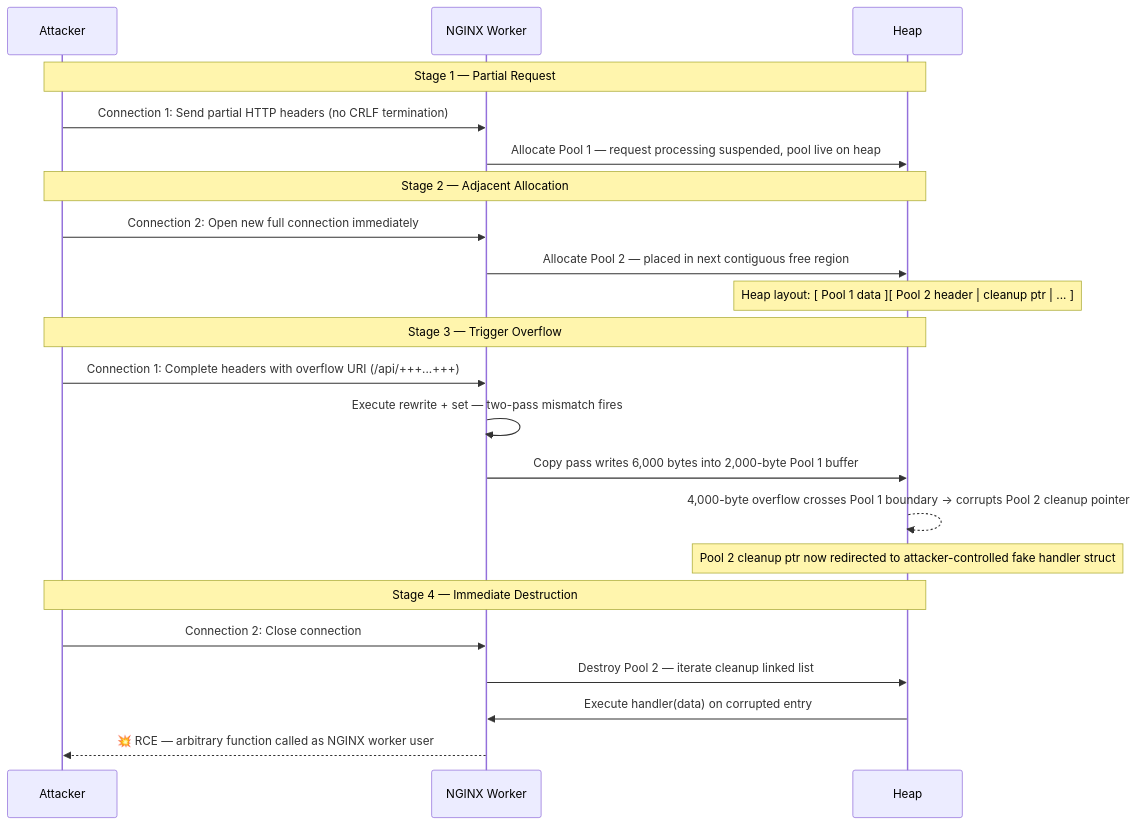
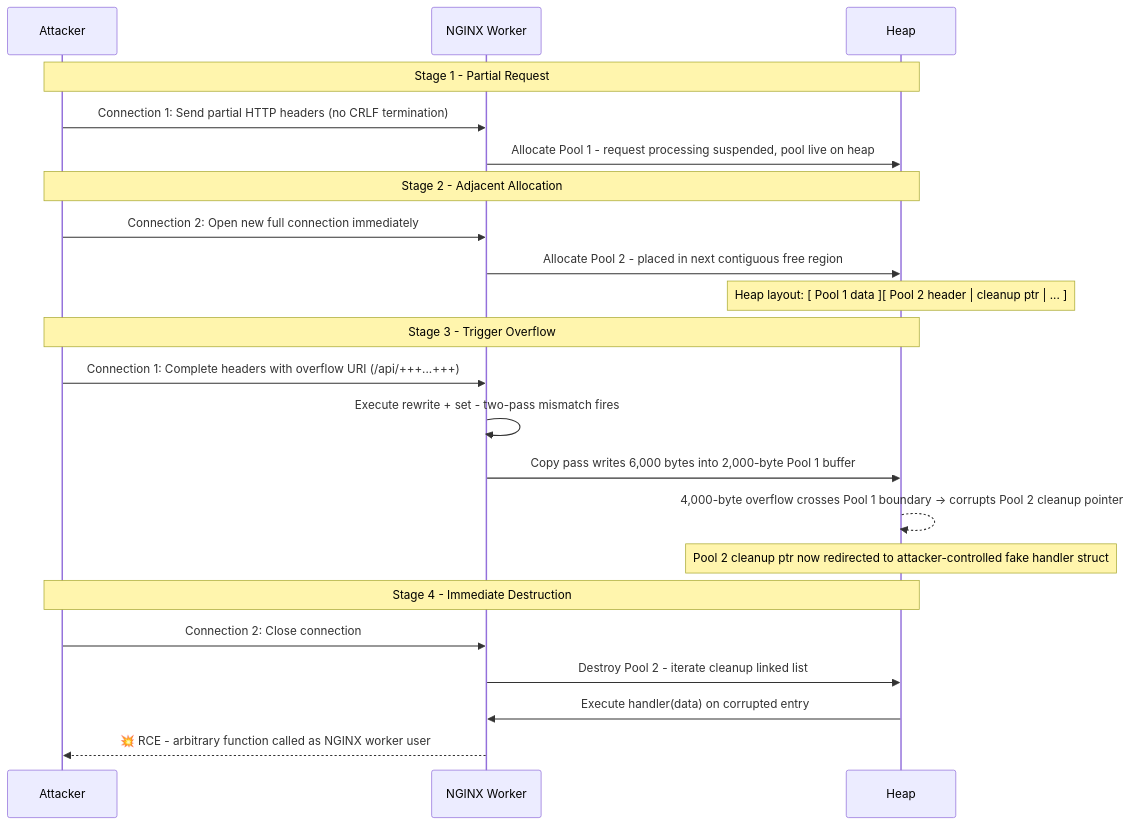
The second of 2 diagrams in src/data/posts/cve-2026-42945-nginx-rift.mdx (Asbawy/Asbawy.github.io), drawn with Mermaid before and after one commit. The commit also changed other lines of this file and 75 other files, not shown here.

````diff
--- a/src/data/posts/cve-2026-42945-nginx-rift.mdx
+++ b/src/data/posts/cve-2026-42945-nginx-rift.mdx
@@ -247,32 +247,32 @@
 ```mermaid
 sequenceDiagram
     participant ATK as Attacker
     participant NGX as NGINX Worker
     participant HP  as Heap
 
-    Note over ATK,HP: Stage 1 — Partial Request
+    Note over ATK,HP: Stage 1 - Partial Request
 
     ATK->>NGX: Connection 1: Send partial HTTP headers (no CRLF termination)
-    NGX->>HP:  Allocate Pool 1 — request processing suspended, pool live on heap
+    NGX->>HP:  Allocate Pool 1 - request processing suspended, pool live on heap
 
-    Note over ATK,HP: Stage 2 — Adjacent Allocation
+    Note over ATK,HP: Stage 2 - Adjacent Allocation
 
     ATK->>NGX: Connection 2: Open new full connection immediately
-    NGX->>HP:  Allocate Pool 2 — placed in next contiguous free region
+    NGX->>HP:  Allocate Pool 2 - placed in next contiguous free region
     Note over HP: Heap layout: [ Pool 1 data ][ Pool 2 header | cleanup ptr | ... ]
 
-    Note over ATK,HP: Stage 3 — Trigger Overflow
+    Note over ATK,HP: Stage 3 - Trigger Overflow
 
     ATK->>NGX: Connection 1: Complete headers with overflow URI (/api/+++...+++)
-    NGX->>NGX: Execute rewrite + set — two-pass mismatch fires
+    NGX->>NGX: Execute rewrite + set - two-pass mismatch fires
     NGX->>HP:  Copy pass writes 6,000 bytes into 2,000-byte Pool 1 buffer
     HP-->>HP:  4,000-byte overflow crosses Pool 1 boundary → corrupts Pool 2 cleanup pointer
     Note over HP: Pool 2 cleanup ptr now redirected to attacker-controlled fake handler struct
 
-    Note over ATK,HP: Stage 4 — Immediate Destruction
+    Note over ATK,HP: Stage 4 - Immediate Destruction
 
     ATK->>NGX: Connection 2: Close connection
-    NGX->>HP:  Destroy Pool 2 — iterate cleanup linked list
+    NGX->>HP:  Destroy Pool 2 - iterate cleanup linked list
     HP->>NGX:  Execute handler(data) on corrupted entry
-    NGX-->>ATK: 💥 RCE — arbitrary function called as NGINX worker user
+    NGX-->>ATK: 💥 RCE - arbitrary function called as NGINX worker user
 ```
````
